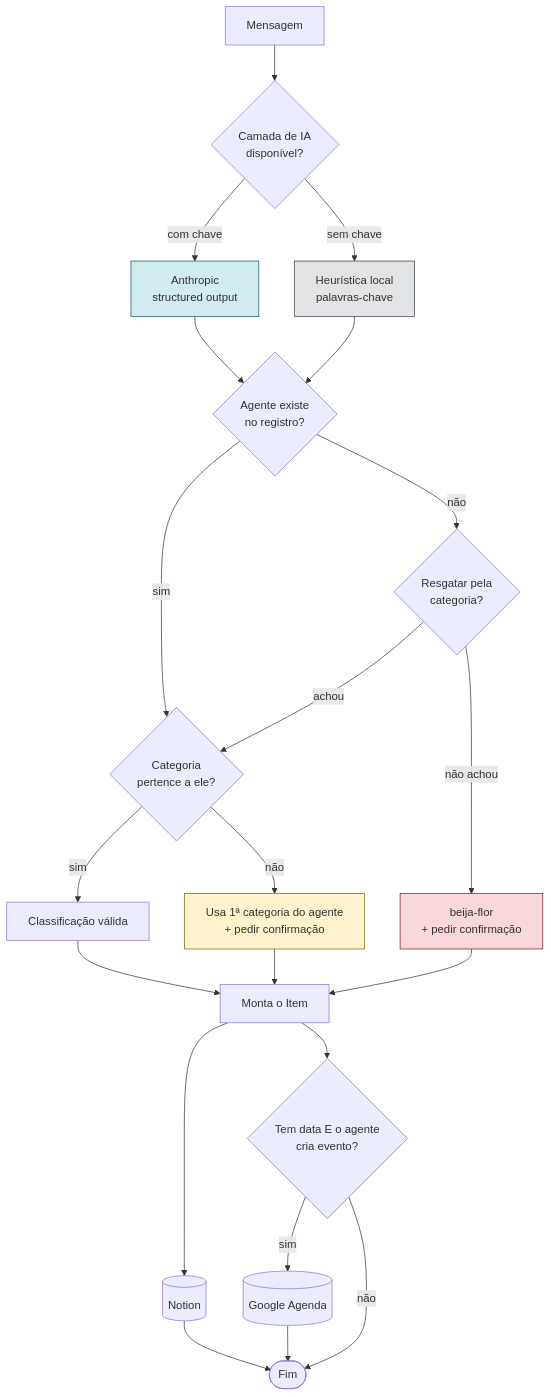
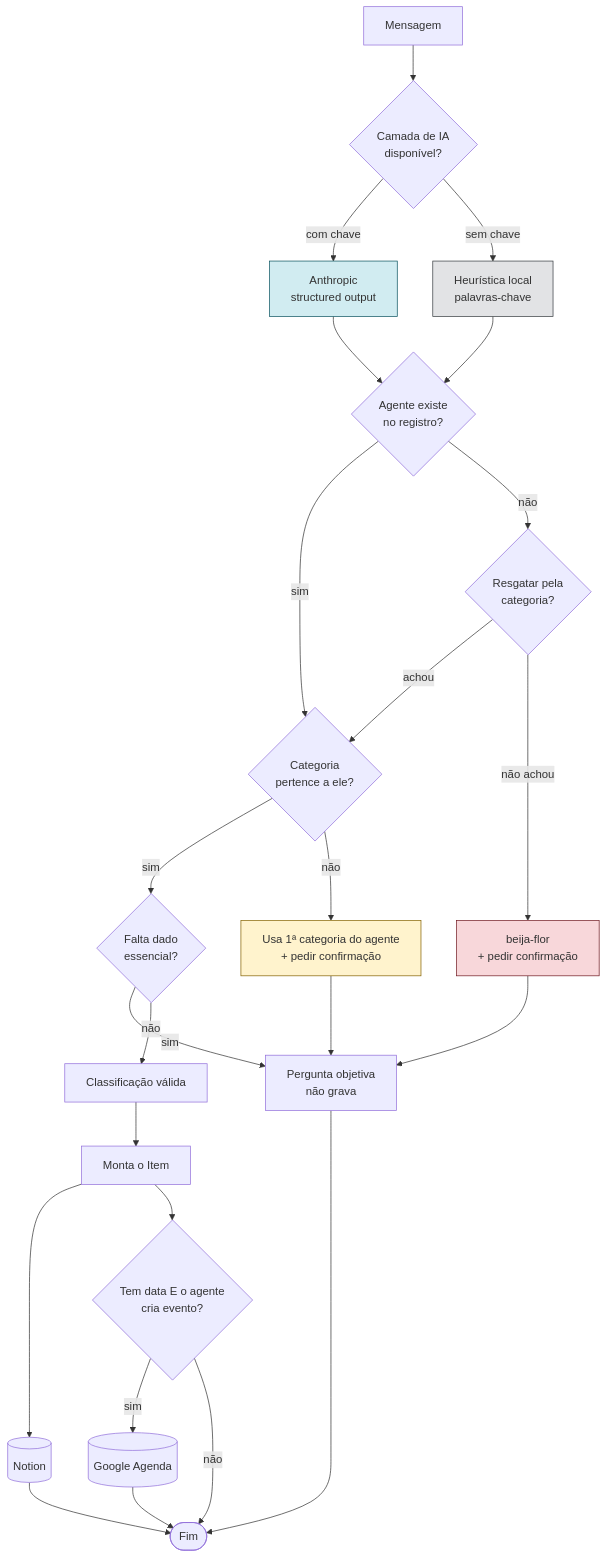
The third of 7 diagrams in docs/fluxo.md (brunarezerdev/sabia-organizacao-pessoal), drawn with Mermaid before and after one commit. The commit also changed other lines of this file and 21 other files, not shown here.

````diff
--- a/docs/fluxo.md
+++ b/docs/fluxo.md
@@ -84,34 +91,37 @@
 ```mermaid
 flowchart TD
     M[Mensagem] --> IA{Camada de IA<br/>disponível?}
     IA -->|com chave| ANT[Anthropic<br/>structured output]
     IA -->|sem chave| HEU[Heurística local<br/>palavras-chave]
 
     ANT --> VAL{Agente existe<br/>no registro?}
     HEU --> VAL
 
     VAL -->|sim| CAT{Categoria<br/>pertence a ele?}
     VAL -->|não| RESG{Resgatar pela<br/>categoria?}
 
     RESG -->|achou| CAT
     RESG -->|não achou| PAD[beija-flor<br/>+ pedir confirmação]
 
-    CAT -->|sim| OK[Classificação válida]
+    CAT -->|sim| LAC{Falta dado<br/>essencial?}
     CAT -->|não| AJU[Usa 1ª categoria do agente<br/>+ pedir confirmação]
 
-    PAD --> ITEM
-    AJU --> ITEM
+    PAD --> PERG
+    AJU --> PERG
+    LAC -->|sim| PERG[Pergunta objetiva<br/>não grava]
+    LAC -->|não| OK[Classificação válida]
+    PERG --> FIM
     OK --> ITEM[Monta o Item]
 
     ITEM --> NOT[(Notion)]
     ITEM --> EV{Tem data E o agente<br/>cria evento?}
     EV -->|sim| GC[(Google Agenda)]
     EV -->|não| FIM([Fim])
     NOT --> FIM
     GC --> FIM
 
     style ANT fill:#d1ecf1,stroke:#0c5460
     style HEU fill:#e2e3e5,stroke:#383d41
     style PAD fill:#f8d7da,stroke:#721c24
     style AJU fill:#fff3cd,stroke:#856404
 ```
````
